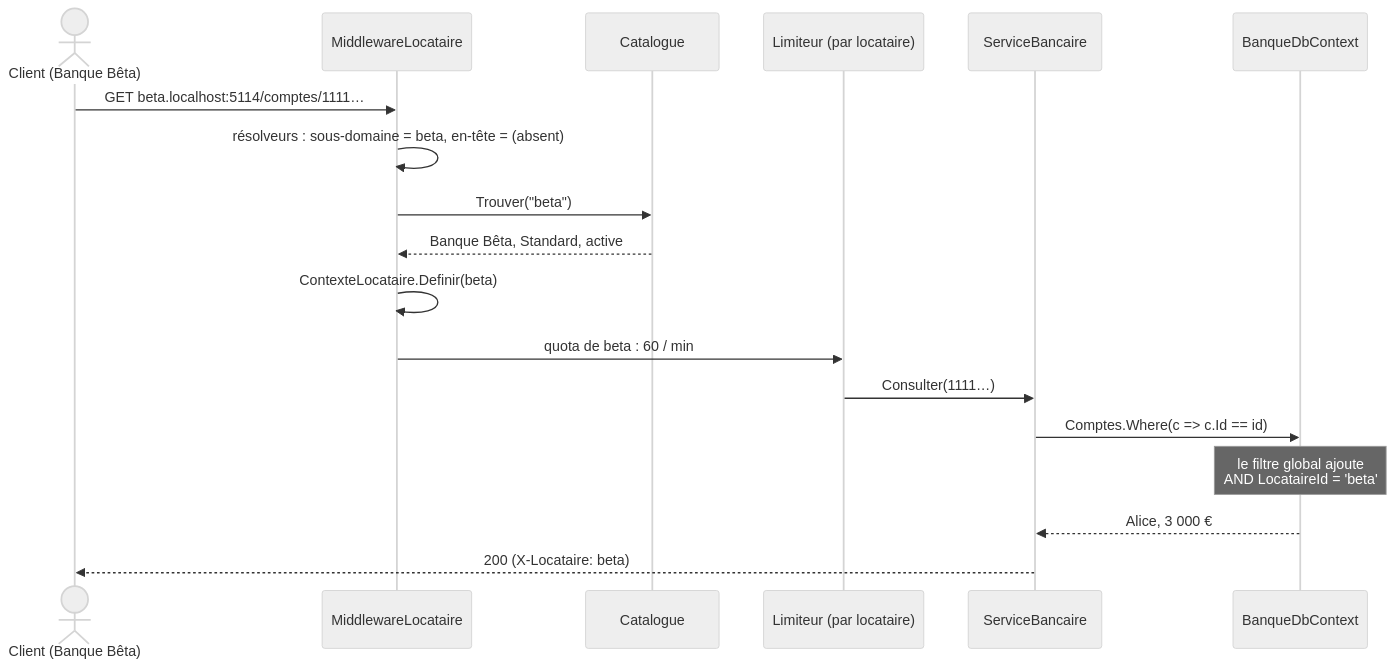
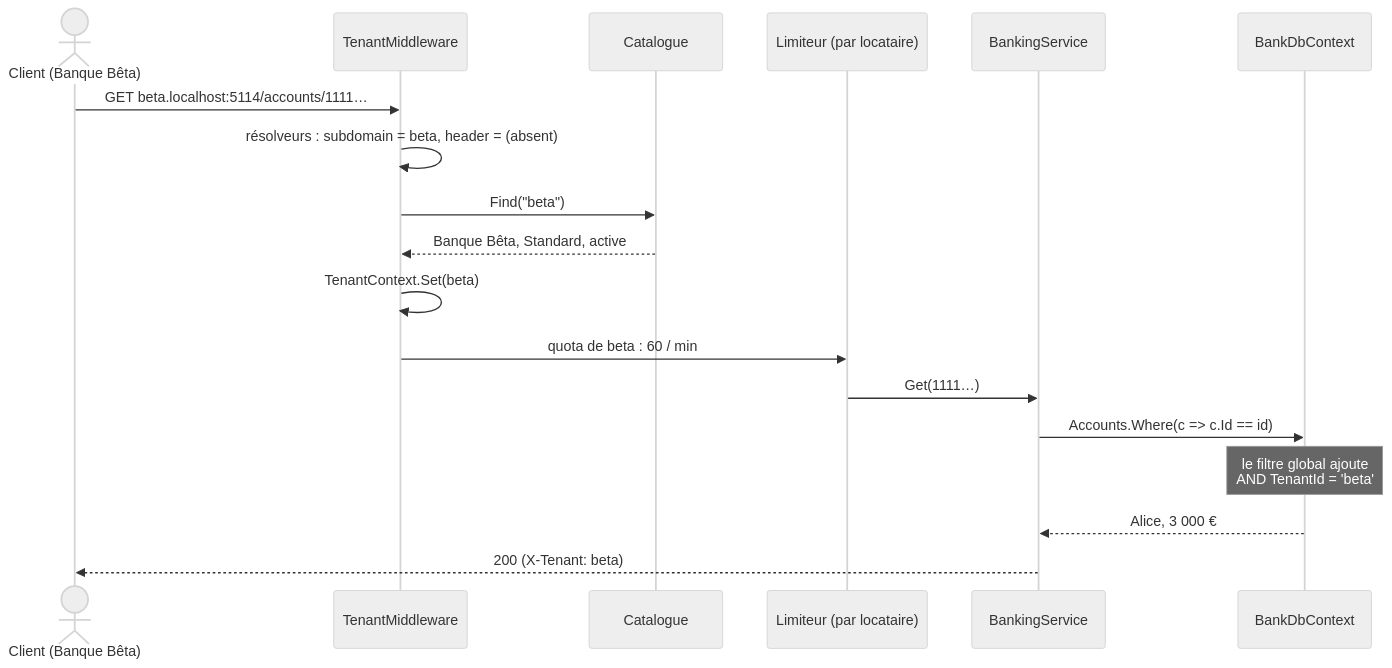
One commit to drangoht/ArchitecturesDemo changed the third of 5 diagrams in Docs/15-multi-tenant.md. Above: the diagram before and after it, drawn with Mermaid (neutral theme). The commit also changed other lines of this file and 70 other files, not shown here.

Commit message:
Docs FR : identifiants, liens, diagrammes et sorties alignés sur le code anglais

````diff
--- a/Docs/15-multi-tenant.md
+++ b/Docs/15-multi-tenant.md
@@ -82,20 +82,20 @@
 ```mermaid
 sequenceDiagram
     actor Client as Client (Banque Bêta)
-    participant M as MiddlewareLocataire
+    participant M as TenantMiddleware
     participant Cat as Catalogue
     participant L as Limiteur (par locataire)
-    participant S as ServiceBancaire
-    participant DB as BanqueDbContext
-    Client->>M: GET beta.localhost:5114/comptes/1111…
-    M->>M: résolveurs : sous-domaine = beta, en-tête = (absent)
-    M->>Cat: Trouver("beta")
+    participant S as BankingService
+    participant DB as BankDbContext
+    Client->>M: GET beta.localhost:5114/accounts/1111…
+    M->>M: résolveurs : subdomain = beta, header = (absent)
+    M->>Cat: Find("beta")
     Cat-->>M: Banque Bêta, Standard, active
-    M->>M: ContexteLocataire.Definir(beta)
+    M->>M: TenantContext.Set(beta)
     M->>L: quota de beta : 60 / min
-    L->>S: Consulter(1111…)
-    S->>DB: Comptes.Where(c => c.Id == id)
-    Note over DB: le filtre global ajoute<br/>AND LocataireId = 'beta'
+    L->>S: Get(1111…)
+    S->>DB: Accounts.Where(c => c.Id == id)
+    Note over DB: le filtre global ajoute<br/>AND TenantId = 'beta'
     DB-->>S: Alice, 3 000 €
-    S-->>Client: 200 (X-Locataire: beta)
+    S-->>Client: 200 (X-Tenant: beta)
 ```
````
